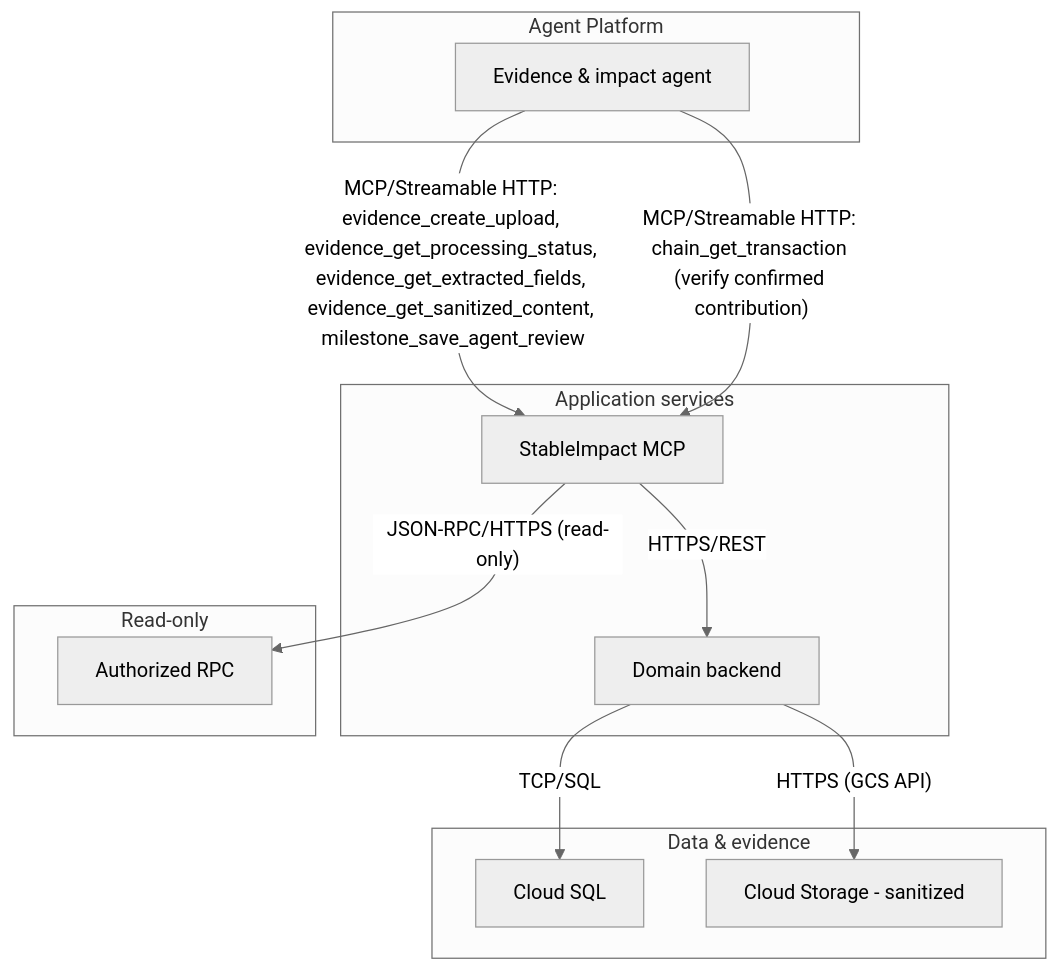
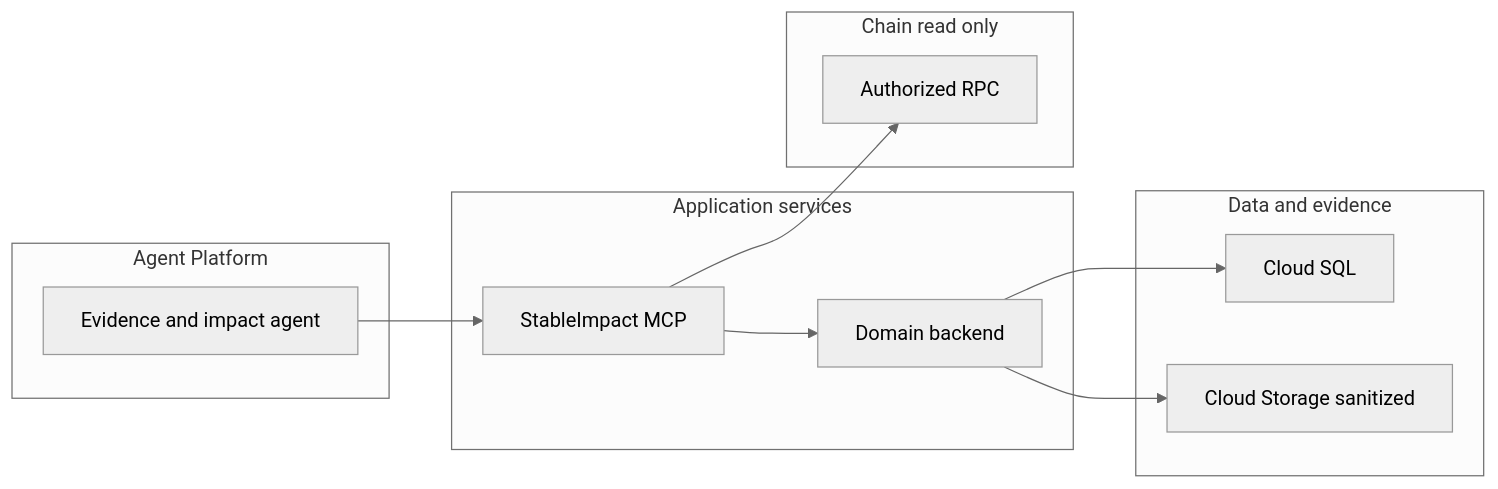
One commit to eweinmanepam/Documents changed the eighth of 19 diagrams in stableimpact-design.md. Above: the diagram before and after it, drawn with Mermaid (neutral theme). The commit also changed other lines of this file, not shown here.

````diff
--- a/stableimpact-design.md
+++ b/stableimpact-design.md
@@ -296,27 +278,25 @@
 ```mermaid
-flowchart TB
+flowchart LR
   subgraph Platform[Agent Platform]
-    AGENT[Evidence & impact agent]
+    AGENT[Evidence and impact agent]
   end
 
   subgraph AppSvc[Application services]
     MCP[StableImpact MCP]
     API[Domain backend]
   end
 
-  subgraph DataZone[Data & evidence]
+  subgraph DataZone[Data and evidence]
     SQL[Cloud SQL]
-    GCS[Cloud Storage - sanitized]
+    GCS[Cloud Storage sanitized]
   end
 
-  subgraph Chain[Read-only]
+  subgraph Chain[Chain read only]
     RPC[Authorized RPC]
   end
 
-  AGENT -- MCP/Streamable HTTP: evidence_create_upload, evidence_get_processing_status, evidence_get_extracted_fields, evidence_get_sanitized_content, milestone_save_agent_review --> MCP
-  MCP -- HTTPS/REST --> API
-  API -- TCP/SQL --> SQL
-  API -- HTTPS (GCS API) --> GCS
-  AGENT -- MCP/Streamable HTTP: chain_get_transaction (verify confirmed contribution) --> MCP
-  MCP -- JSON-RPC/HTTPS (read-only) --> RPC
+  AGENT --> MCP --> API
+  API --> SQL
+  API --> GCS
+  MCP --> RPC
 ```
````
